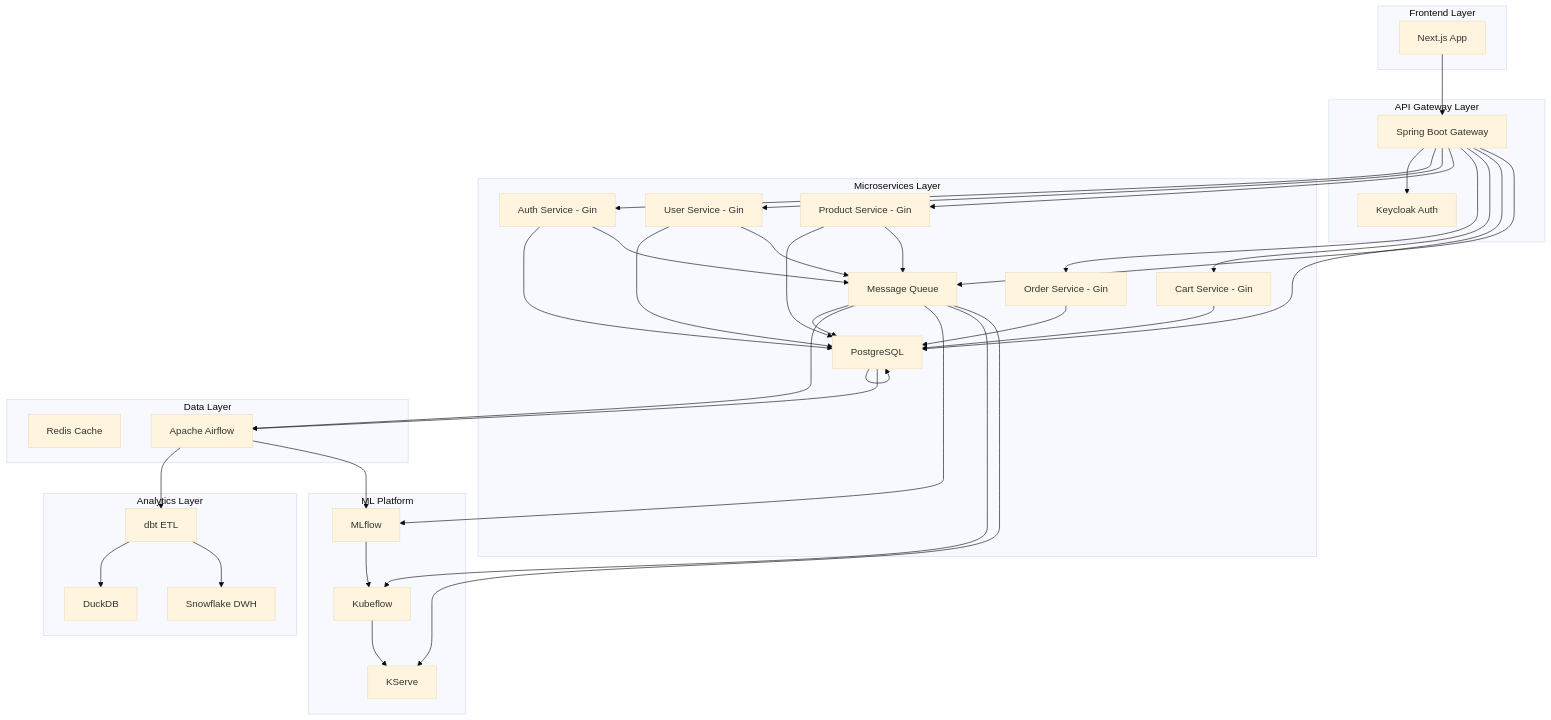
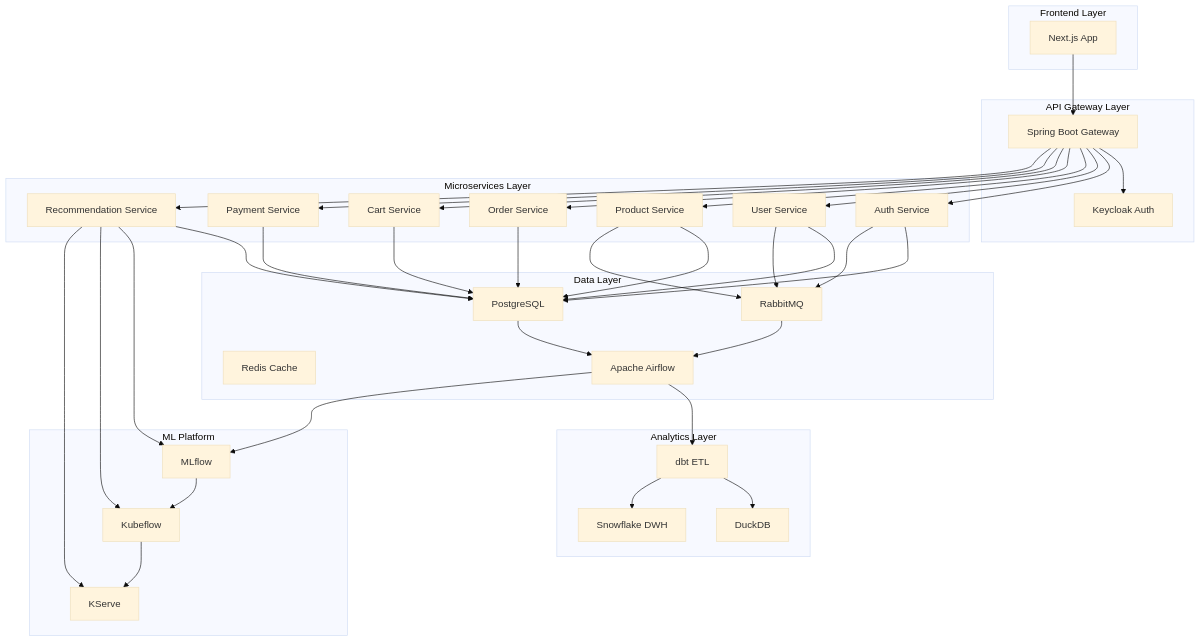
The diagram in README.md (kurosawa-kuro/cloud-k8s-dwh-mlops-msa-iac), drawn with Mermaid (base theme) before and after one commit. The commit also changed other lines of this file, not shown here.

````diff
--- a/README.md
+++ b/README.md
@@ -43,71 +36,71 @@
 ```mermaid
 graph TB
     subgraph "Frontend Layer"
         A[Next.js App]
     end
     
     subgraph "API Gateway Layer"
         B[Spring Boot Gateway]
         C[Keycloak Auth]
     end
     
     subgraph "Microservices Layer"
-        D[Auth Service - Gin]
-        E[User Service - Gin]
-        F[Product Service - Gin]
-        G[Order Service - Gin]
-        H[Cart Service - Gin]
-        I[Payment Service - Gin]
-        J[Recommendation Service - Gin]
+        D[Auth Service]
+        E[User Service]
+        F[Product Service]
+        G[Order Service]
+        H[Cart Service]
+        I[Payment Service]
+        J[Recommendation Service]
     end
     
     subgraph "Data Layer"
-        I[PostgreSQL]
-        J[Message Queue]
-        K[Redis Cache]
-        L[Apache Airflow]
+        K[PostgreSQL]
+        L[RabbitMQ]
+        M[Redis Cache]
+        N[Apache Airflow]
     end
     
     subgraph "Analytics Layer"
-        M[dbt ETL]
-        N[DuckDB]
-        O[Snowflake DWH]
+        O[dbt ETL]
+        P[DuckDB]
+        Q[Snowflake DWH]
     end
     
     subgraph "ML Platform"
-        P[MLflow]
-        Q[Kubeflow]
-        R[KServe]
+        R[MLflow]
+        S[Kubeflow]
+        T[KServe]
     end
     
     A --> B
     B --> C
     B --> D
     B --> E
     B --> F
     B --> G
     B --> H
     B --> I
     B --> J
-    D --> I
-    E --> I
-    F --> I
-    G --> I
-    H --> I
-    I --> I
-    J --> I
-    D --> J
-    E --> J
-    F --> J
-    L --> M
-    I --> L
-    J --> L
-    M --> N
-    M --> O
-    L --> P
-    P --> Q
-    Q --> R
-    J --> P
-    J --> Q
+    D --> K
+    E --> K
+    F --> K
+    G --> K
+    H --> K
+    I --> K
+    J --> K
+    D --> L
+    E --> L
+    F --> L
+    N --> O
+    K --> N
+    L --> N
+    O --> P
+    O --> Q
+    N --> R
+    R --> S
+    S --> T
     J --> R
+    J --> S
+    J --> T
 ```
````
